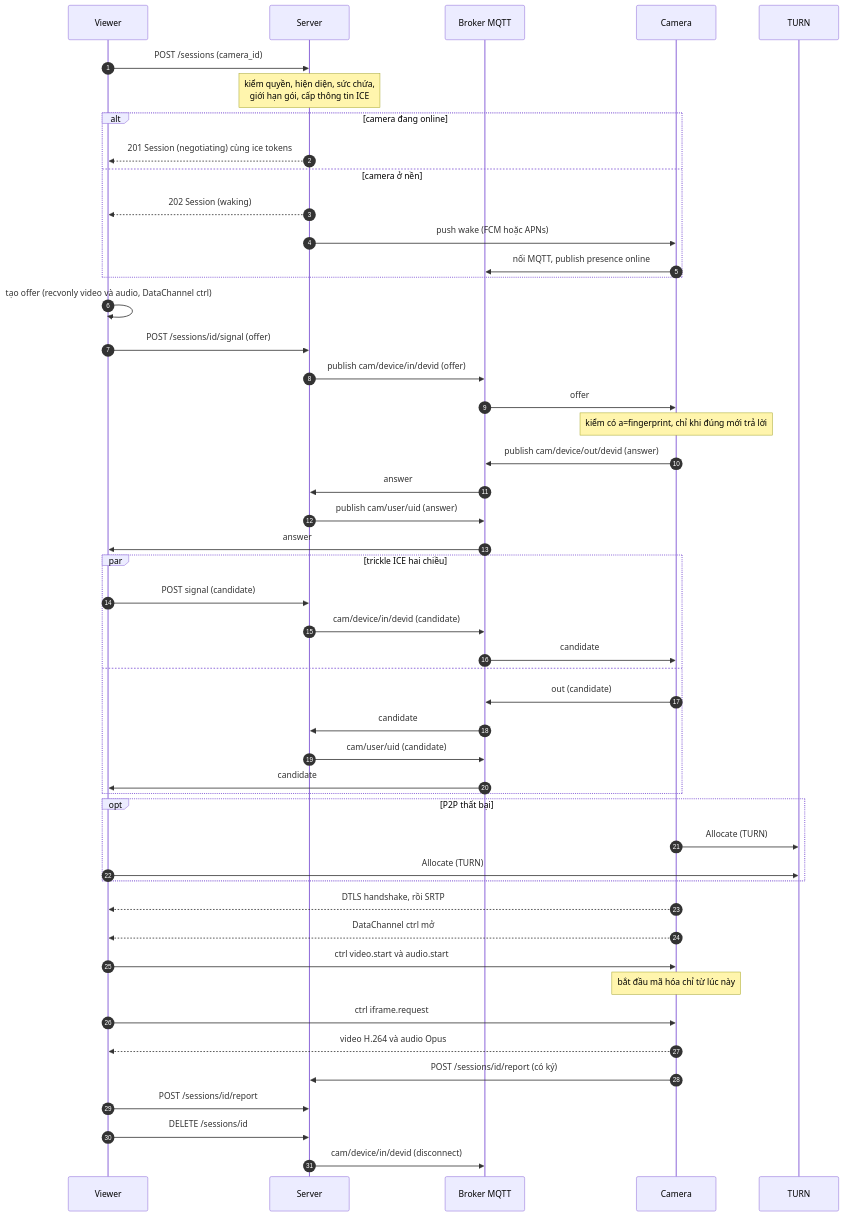
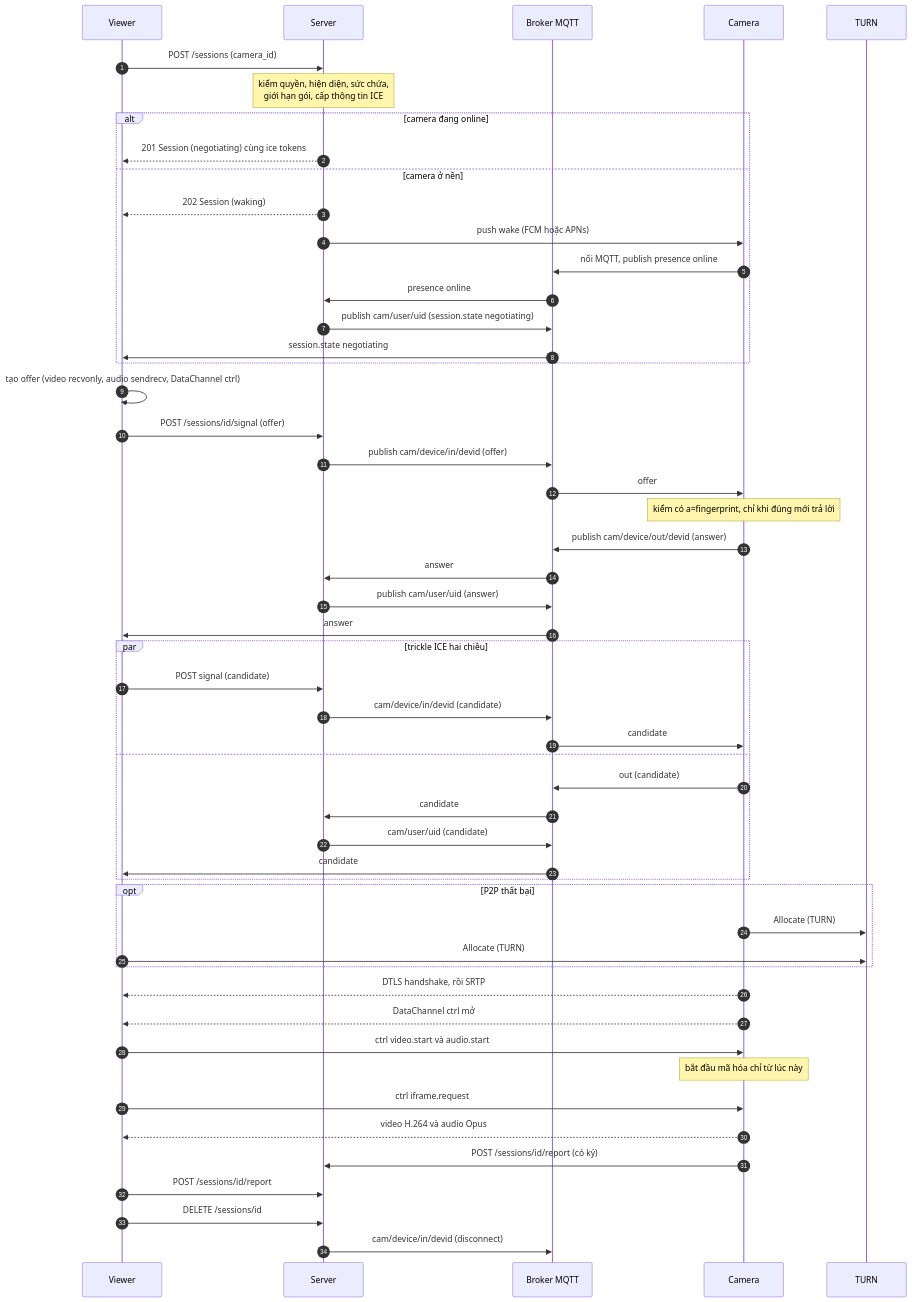
The second of 3 diagrams in docs/PROTOCOL.md (truongnhan0311/recam), drawn with Mermaid before and after one commit. The commit also changed other lines of this file and 6 other files, not shown here.

````diff
--- a/docs/PROTOCOL.md
+++ b/docs/PROTOCOL.md
@@ -218,52 +219,55 @@
 ```mermaid
 sequenceDiagram
     autonumber
     participant V as Viewer
     participant S as Server
     participant B as Broker MQTT
     participant C as Camera
     participant T as TURN
 
     V->>S: POST /sessions (camera_id)
     Note over S: kiểm quyền, hiện diện, sức chứa,<br/>giới hạn gói, cấp thông tin ICE
     alt camera đang online
         S-->>V: 201 Session (negotiating) cùng ice tokens
     else camera ở nền
         S-->>V: 202 Session (waking)
         S->>C: push wake (FCM hoặc APNs)
         C->>B: nối MQTT, publish presence online
+        B->>S: presence online
+        S->>B: publish cam/user/uid (session.state negotiating)
+        B->>V: session.state negotiating
     end
-    V->>V: tạo offer (recvonly video và audio, DataChannel ctrl)
+    V->>V: tạo offer (video recvonly, audio sendrecv, DataChannel ctrl)
     V->>S: POST /sessions/id/signal (offer)
     S->>B: publish cam/device/in/devid (offer)
     B->>C: offer
     Note over C: kiểm có a=fingerprint, chỉ khi đúng mới trả lời
     C->>B: publish cam/device/out/devid (answer)
     B->>S: answer
     S->>B: publish cam/user/uid (answer)
     B->>V: answer
     par trickle ICE hai chiều
         V->>S: POST signal (candidate)
         S->>B: cam/device/in/devid (candidate)
         B->>C: candidate
     and
         C->>B: out (candidate)
         B->>S: candidate
         S->>B: cam/user/uid (candidate)
         B->>V: candidate
     end
     opt P2P thất bại
         C->>T: Allocate (TURN)
         V->>T: Allocate (TURN)
     end
     C-->>V: DTLS handshake, rồi SRTP
     C-->>V: DataChannel ctrl mở
     V->>C: ctrl video.start và audio.start
     Note over C: bắt đầu mã hóa chỉ từ lúc này
     V->>C: ctrl iframe.request
     C-->>V: video H.264 và audio Opus
     C->>S: POST /sessions/id/report (có ký)
     V->>S: POST /sessions/id/report
     V->>S: DELETE /sessions/id
     S->>B: cam/device/in/devid (disconnect)
 ```
````
